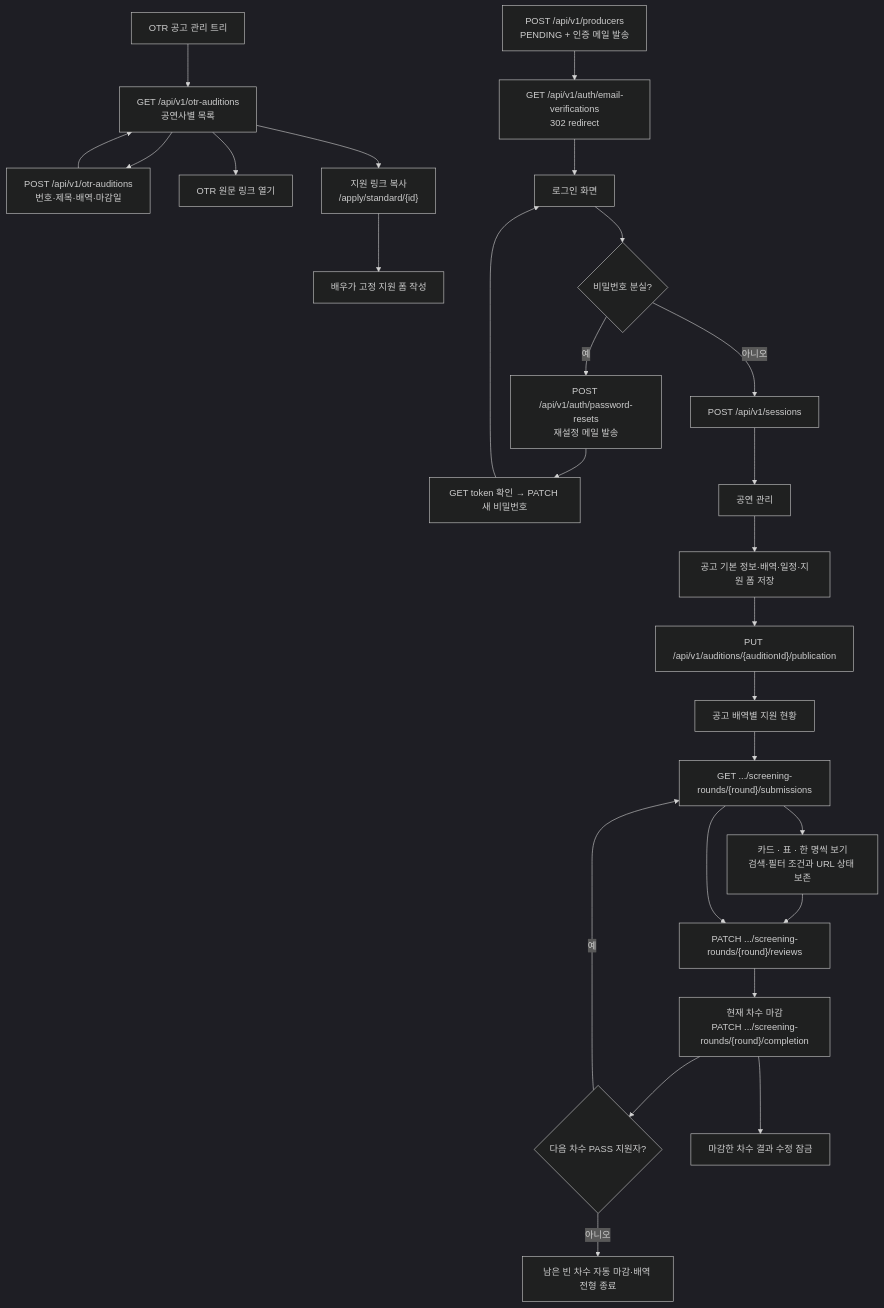
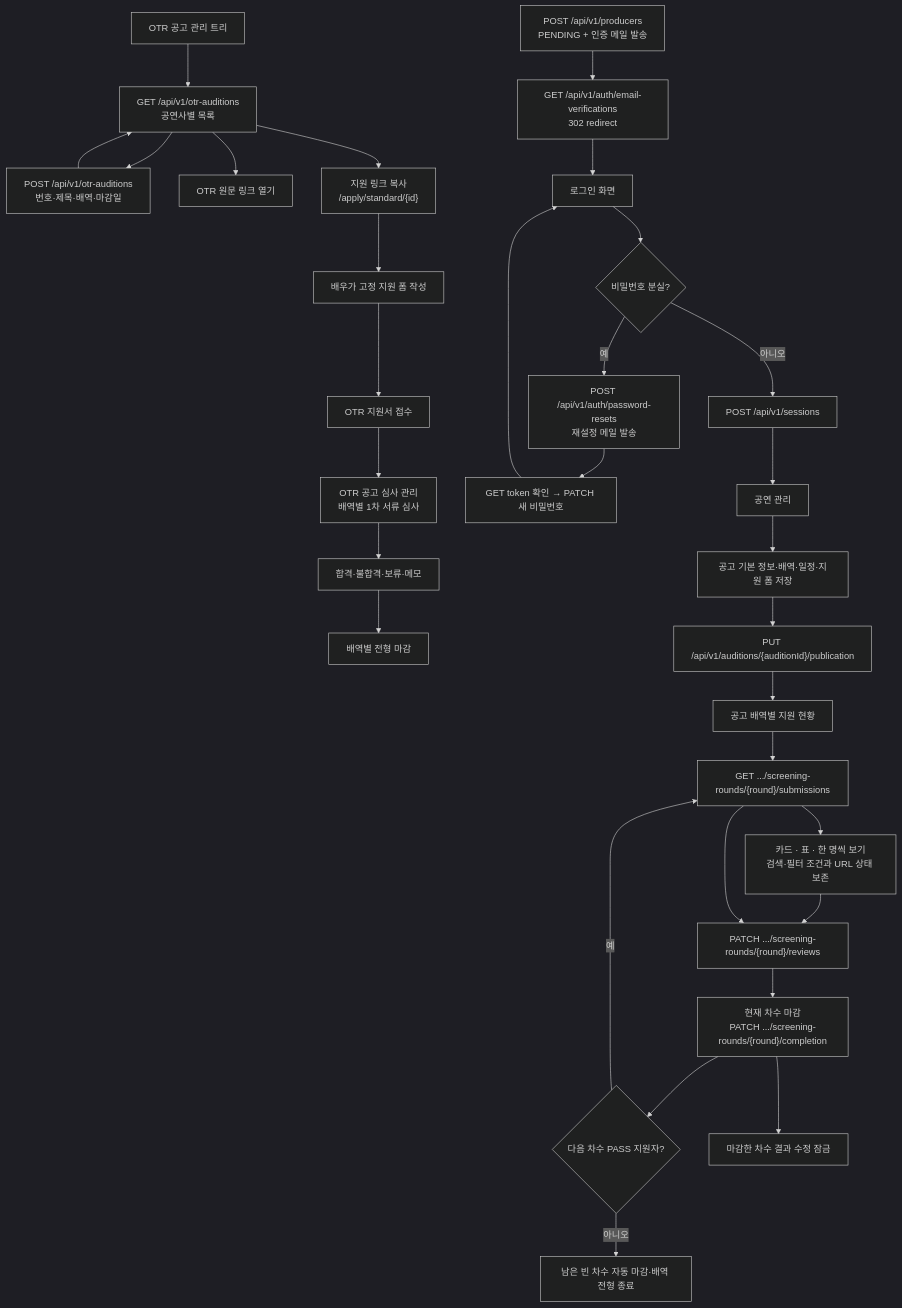
Before and after one commit to woowacourse-teams/2026-yesulin: the diagram in frontend/docs/user-flows/producer.mmd, drawn with Mermaid (dark theme). The commit also changed 40 other files, not shown here.

```diff
--- a/frontend/docs/user-flows/producer.mmd
+++ b/frontend/docs/user-flows/producer.mmd
@@ -1,27 +1,31 @@
 flowchart TD
     OTR_TREE["OTR 공고 관리 트리"] --> OTR_LIST["GET /api/v1/otr-auditions<br>공연사별 목록"]
     OTR_LIST --> OTR_CREATE["POST /api/v1/otr-auditions<br>번호·제목·배역·마감일"]
     OTR_CREATE --> OTR_LIST
     OTR_LIST --> OTR_SOURCE["OTR 원문 링크 열기"]
     OTR_LIST --> OTR_APPLY["지원 링크 복사<br>/apply/standard/{id}"]
     OTR_APPLY --> OTR_FORM["배우가 고정 지원 폼 작성"]
+    OTR_FORM --> OTR_SUBMIT["OTR 지원서 접수"]
+    OTR_SUBMIT --> OTR_SCREEN["OTR 공고 심사 관리<br>배역별 1차 서류 심사"]
+    OTR_SCREEN --> OTR_DECIDE["합격·불합격·보류·메모"]
+    OTR_DECIDE --> OTR_CLOSE["배역별 전형 마감"]
     SIGNUP["POST /api/v1/producers<br>PENDING + 인증 메일 발송"] --> VERIFY["GET /api/v1/auth/email-verifications<br>302 redirect"]
     VERIFY --> LOGIN_FORM["로그인 화면"]
     LOGIN_FORM --> FORGOT{"비밀번호 분실?"}
     FORGOT -- 예 --> RESET_MAIL["POST /api/v1/auth/password-resets<br>재설정 메일 발송"]
     RESET_MAIL --> RESET["GET token 확인 → PATCH 새 비밀번호"]
     RESET --> LOGIN_FORM
     FORGOT -- 아니오 --> LOGIN["POST /api/v1/sessions"]
     LOGIN --> PERFORMANCE["공연 관리"]
     PERFORMANCE --> AUDITION["공고 기본 정보·배역·일정·지원 폼 저장"]
     AUDITION --> PUBLISH["PUT /api/v1/auditions/{auditionId}/publication"]
     PUBLISH --> ROLE["공고 배역별 지원 현황"]
     ROLE --> BOARD["GET .../screening-rounds/{round}/submissions"]
     BOARD --> FOCUS["카드 · 표 · 한 명씩 보기\n검색·필터 조건과 URL 상태 보존"]
     FOCUS --> REVIEW
     BOARD --> REVIEW["PATCH .../screening-rounds/{round}/reviews"]
     REVIEW --> COMPLETE["현재 차수 마감<br>PATCH .../screening-rounds/{round}/completion"]
     COMPLETE --> NEXT{"다음 차수 PASS 지원자?"}
     NEXT -- 예 --> BOARD
     NEXT -- 아니오 --> LOCKED["남은 빈 차수 자동 마감·배역 전형 종료"]
     COMPLETE --> CURRENT_LOCKED["마감한 차수 결과 수정 잠금"]
```
